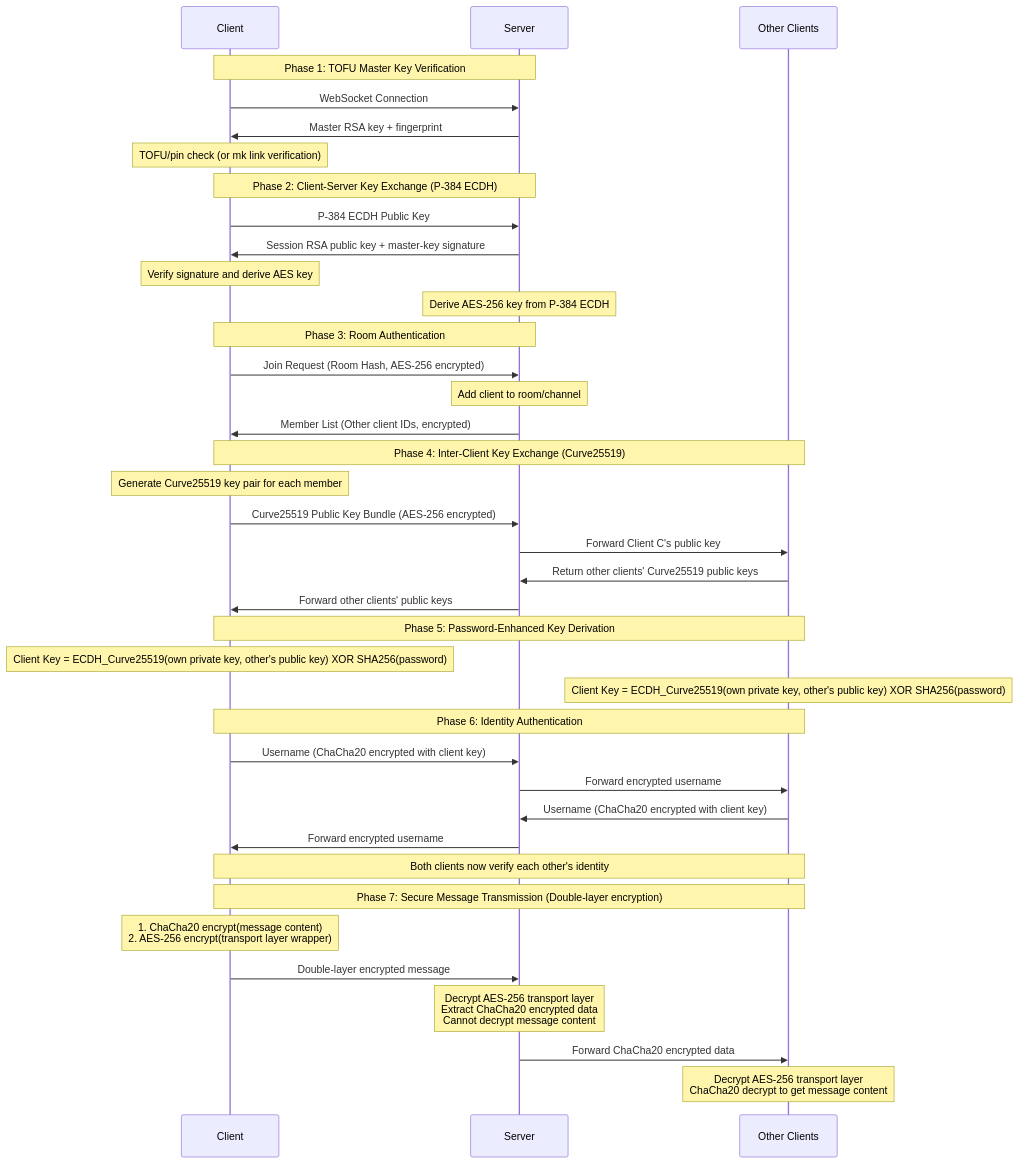
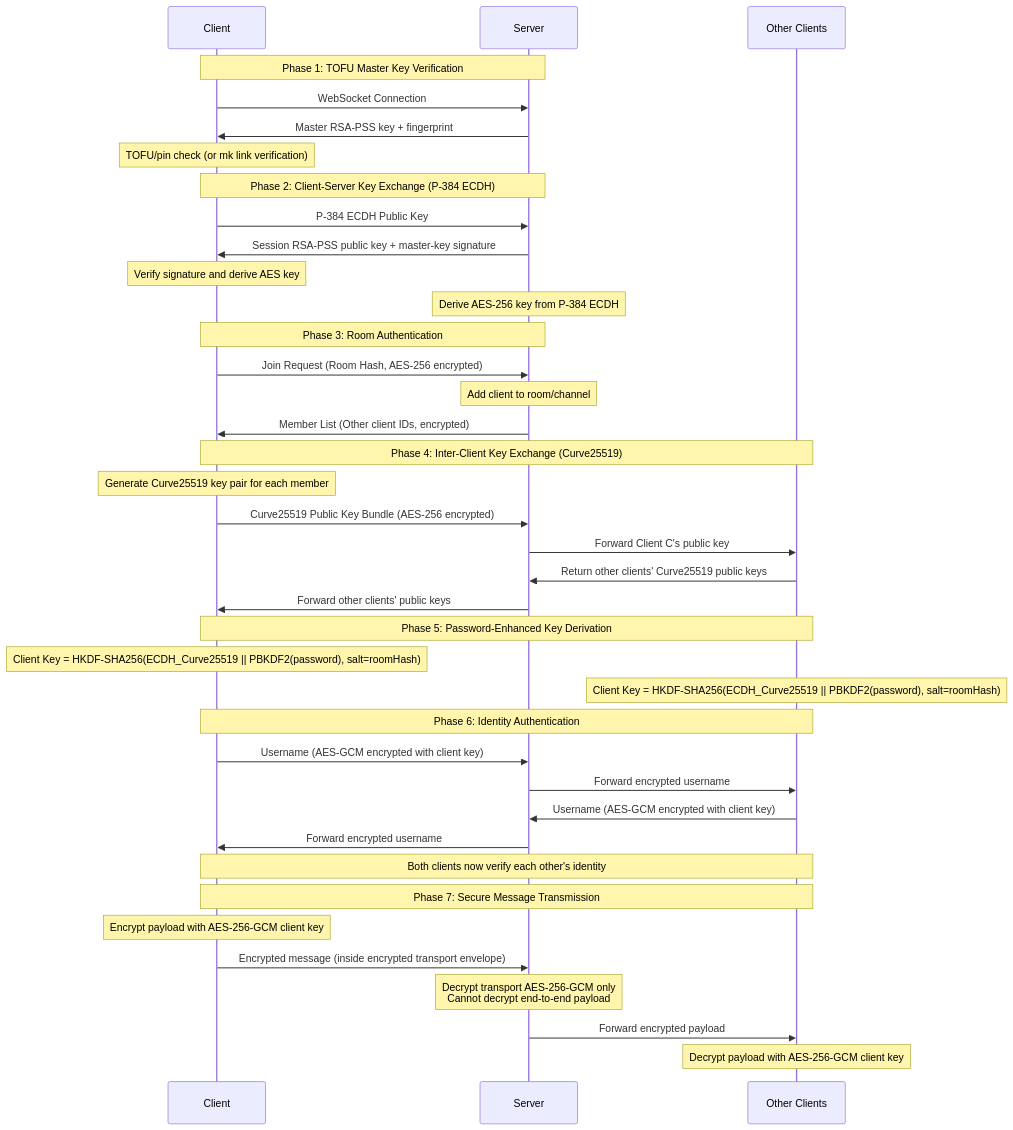
Before and after one commit to moshiax/nodecrypt: the diagram in README.md, drawn with Mermaid. The commit also changed other lines of this file and 2 other files, not shown here.

Commit message:
Move from RSASSA-PKCS1-v1_5 to RSA-PSS, safer SharedKey derivation

````diff
--- a/README.md
+++ b/README.md
@@ -77,47 +77,47 @@
 ```mermaid
 sequenceDiagram
     participant C as Client
     participant S as Server
     participant O as Other Clients
 
     Note over C,S: Phase 1: TOFU Master Key Verification
     C->>S: WebSocket Connection
-    S->>C: Master RSA key + fingerprint
+    S->>C: Master RSA-PSS key + fingerprint
     Note over C: TOFU/pin check (or mk link verification)
     
     Note over C,S: Phase 2: Client-Server Key Exchange (P-384 ECDH)
     C->>S: P-384 ECDH Public Key
-    S->>C: Session RSA public key + master-key signature
+    S->>C: Session RSA-PSS public key + master-key signature
     Note over C: Verify signature and derive AES key
     Note over S: Derive AES-256 key from P-384 ECDH
     
     Note over C,S: Phase 3: Room Authentication
     C->>S: Join Request (Room Hash, AES-256 encrypted)
     Note over S: Add client to room/channel
     S->>C: Member List (Other client IDs, encrypted)
     
     Note over C,O: Phase 4: Inter-Client Key Exchange (Curve25519)
     Note over C: Generate Curve25519 key pair for each member
     C->>S: Curve25519 Public Key Bundle (AES-256 encrypted)
     S->>O: Forward Client C's public key
     O->>S: Return other clients' Curve25519 public keys
     S->>C: Forward other clients' public keys
     
     Note over C,O: Phase 5: Password-Enhanced Key Derivation
-    Note over C: Client Key = ECDH_Curve25519(own private key, other's public key) XOR SHA256(password)
-    Note over O: Client Key = ECDH_Curve25519(own private key, other's public key) XOR SHA256(password)
+    Note over C: Client Key = HKDF-SHA256(ECDH_Curve25519 || PBKDF2(password), salt=roomHash)
+    Note over O: Client Key = HKDF-SHA256(ECDH_Curve25519 || PBKDF2(password), salt=roomHash)
     
     Note over C,O: Phase 6: Identity Authentication
-    C->>S: Username (ChaCha20 encrypted with client key)
+    C->>S: Username (AES-GCM encrypted with client key)
     S->>O: Forward encrypted username
-    O->>S: Username (ChaCha20 encrypted with client key)
+    O->>S: Username (AES-GCM encrypted with client key)
     S->>C: Forward encrypted username
     Note over C,O: Both clients now verify each other's identity
     
-    Note over C,O: Phase 7: Secure Message Transmission (Double-layer encryption)
-    Note over C: 1. ChaCha20 encrypt(message content)<br/>2. AES-256 encrypt(transport layer wrapper)
-    C->>S: Double-layer encrypted message
-    Note over S: Decrypt AES-256 transport layer<br/>Extract ChaCha20 encrypted data<br/>Cannot decrypt message content
-    S->>O: Forward ChaCha20 encrypted data
-    Note over O: Decrypt AES-256 transport layer<br/>ChaCha20 decrypt to get message content
+    Note over C,O: Phase 7: Secure Message Transmission
+    Note over C: Encrypt payload with AES-256-GCM client key
+    C->>S: Encrypted message (inside encrypted transport envelope)
+    Note over S: Decrypt transport AES-256-GCM only<br/>Cannot decrypt end-to-end payload
+    S->>O: Forward encrypted payload
+    Note over O: Decrypt payload with AES-256-GCM client key
 ```
````
